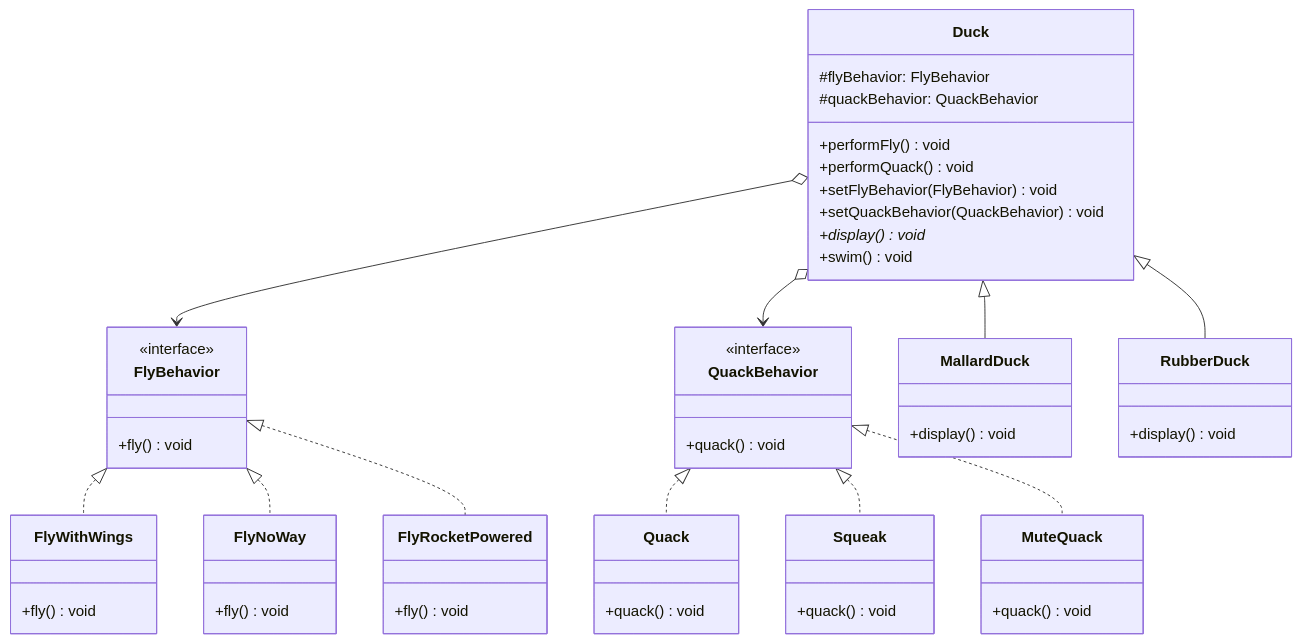
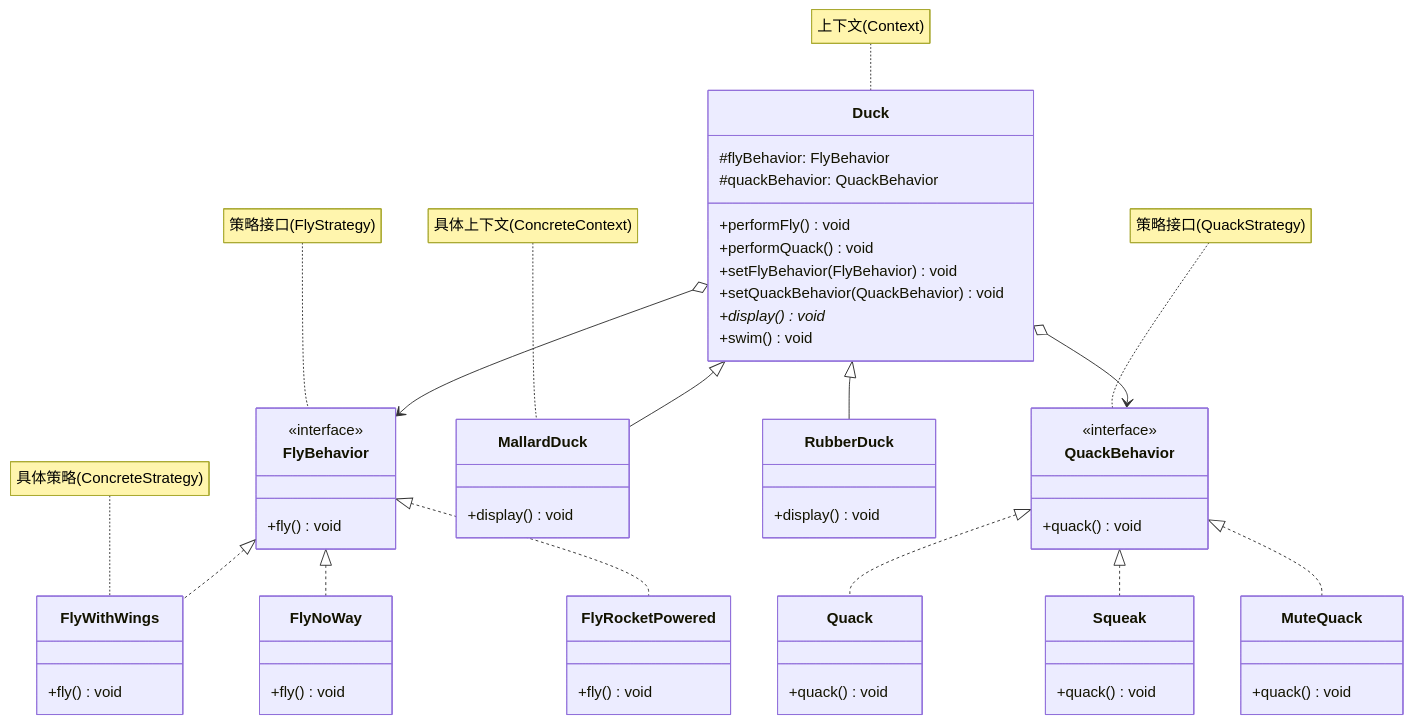
The diagram in docs/topic/design-patterns/behavioral-patterns/strategy/index.md (luguosong/programming-notes), drawn with Mermaid before and after one commit. The commit also changed 23 other files, not shown here.

First line of the commit message:
fix: 修正设计模式 UML 箭头类型并添加角色标注

````diff
--- a/docs/topic/design-patterns/behavioral-patterns/strategy/index.md
+++ b/docs/topic/design-patterns/behavioral-patterns/strategy/index.md
@@ -38,55 +38,60 @@
 ```mermaid
 classDiagram
     class Duck {
         #flyBehavior: FlyBehavior
         #quackBehavior: QuackBehavior
         +performFly() void
         +performQuack() void
         +setFlyBehavior(FlyBehavior) void
         +setQuackBehavior(QuackBehavior) void
         +display() void*
         +swim() void
     }
     class FlyBehavior {
         <<interface>>
         +fly() void
     }
     class QuackBehavior {
         <<interface>>
         +quack() void
     }
     class FlyWithWings {
         +fly() void
     }
     class FlyNoWay {
         +fly() void
     }
     class FlyRocketPowered {
         +fly() void
     }
     class Quack {
         +quack() void
     }
     class Squeak {
         +quack() void
     }
     class MuteQuack {
         +quack() void
     }
     class MallardDuck {
         +display() void
     }
     class RubberDuck {
         +display() void
     }
     FlyBehavior <|.. FlyWithWings
     FlyBehavior <|.. FlyNoWay
     FlyBehavior <|.. FlyRocketPowered
     QuackBehavior <|.. Quack
     QuackBehavior <|.. Squeak
     QuackBehavior <|.. MuteQuack
     Duck <|-- MallardDuck
     Duck <|-- RubberDuck
     Duck o--> FlyBehavior
     Duck o--> QuackBehavior
+    note for Duck "上下文(Context)"
+    note for FlyBehavior "策略接口(FlyStrategy)"
+    note for QuackBehavior "策略接口(QuackStrategy)"
+    note for FlyWithWings "具体策略(ConcreteStrategy)"
+    note for MallardDuck "具体上下文(ConcreteContext)"
 ```
````
